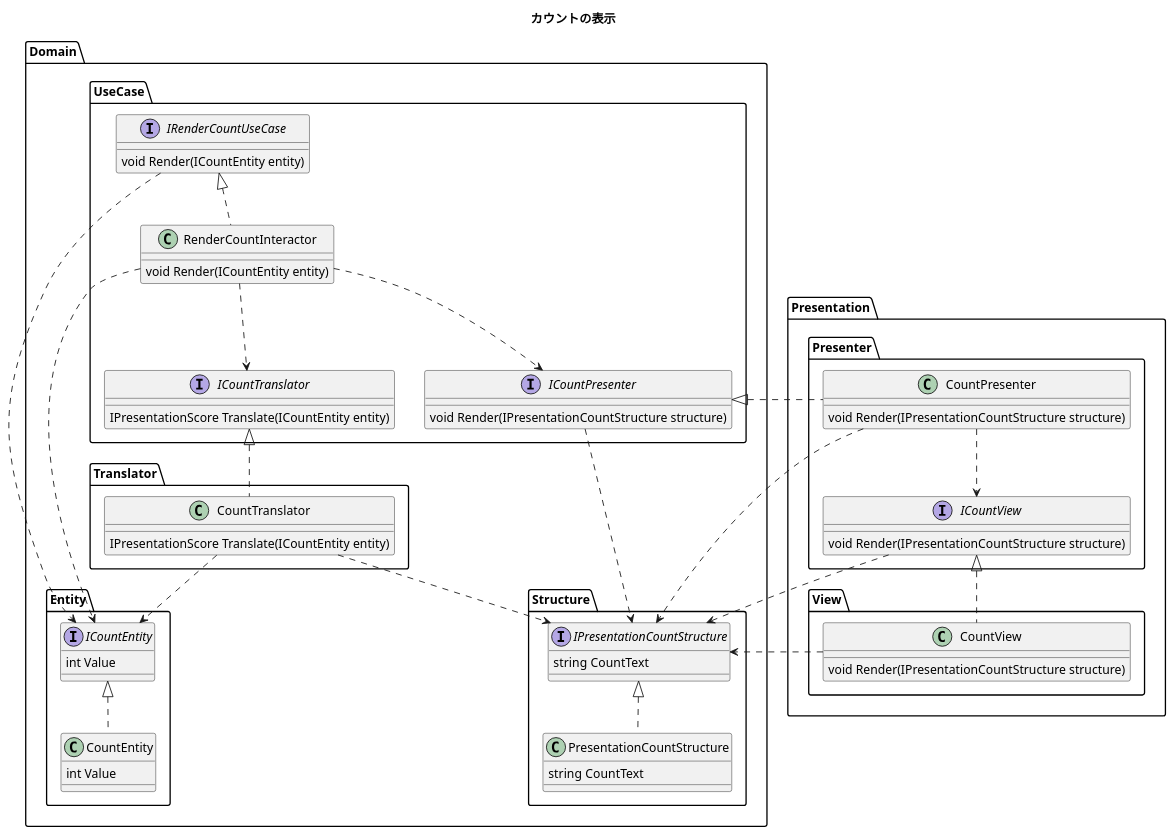
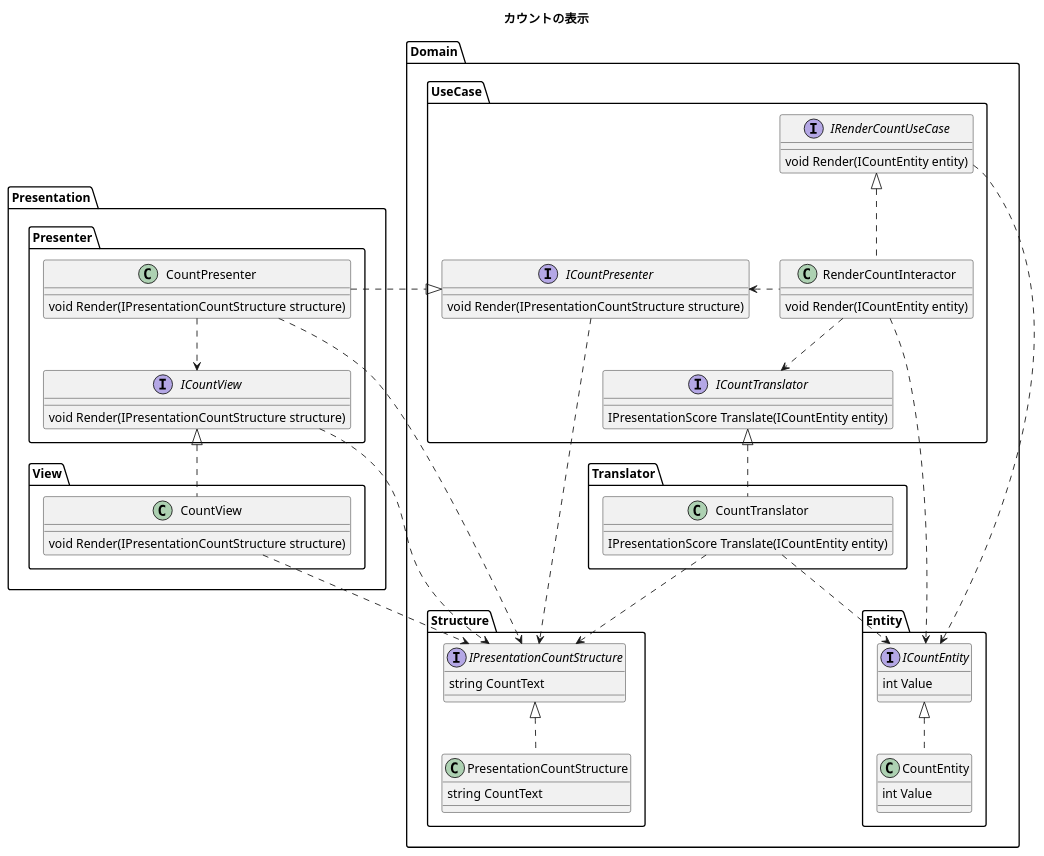
One commit to mtmt/study-cafu-roll-a-ball changed the diagram in doc/render-count.puml. Above: the diagram before and after it, drawn with PlantUML.

Commit message:
「カウント表示」関連のクラス図の修正

```diff
--- a/doc/render-count.puml
+++ b/doc/render-count.puml
@@ -1,96 +1,82 @@
 @startuml
+
 title カウントの表示
 
 package Domain {
-
     package Entity {
-
         interface ICountEntity {
             int Value
         }
-
         class CountEntity {
             int Value
         }
     }
-
     package Structure {
         interface IPresentationCountStructure {
             string CountText
         }
         class PresentationCountStructure {
             string CountText
         }
     }
-
     package Translator {
         class CountTranslator {
             IPresentationScore Translate(ICountEntity entity)
         }
     }
-
     package UseCase {
-
         interface IRenderCountUseCase {
             void Render(ICountEntity entity)
         }
-
         interface ICountTranslator {
             IPresentationScore Translate(ICountEntity entity)
         }
-
         interface ICountPresenter {
             void Render(IPresentationCountStructure structure)
         }
-
         class RenderCountInteractor {
             void Render(ICountEntity entity)
         }
-
     }
-
 }
-
 package Presentation {
-
     package Presenter {
         interface ICountView {
             void Render(IPresentationCountStructure structure)
         }
         class CountPresenter {
             void Render(IPresentationCountStructure structure)
         }
     }
-
     package View {
         class CountView {
             void Render(IPresentationCountStructure structure)
         }
     }
 }
 
 ICountEntity <|.. CountEntity
 
 IPresentationCountStructure <|.. PresentationCountStructure
 
 IRenderCountUseCase <|.. RenderCountInteractor
 IRenderCountUseCase ..> ICountEntity
 
 ICountTranslator <|.. CountTranslator
 CountTranslator ..> ICountEntity
 CountTranslator ..> IPresentationCountStructure
 
 RenderCountInteractor ..> ICountEntity
 RenderCountInteractor ..> ICountTranslator
-RenderCountInteractor ..> ICountPresenter
+RenderCountInteractor .left.> ICountPresenter
 
-ICountPresenter <|.. CountPresenter
+ICountPresenter <|.left. CountPresenter
 ICountPresenter ..> IPresentationCountStructure
 CountPresenter ..> ICountView
 CountPresenter ..> IPresentationCountStructure
 
 ICountView <|.. CountView
 ICountView ..> IPresentationCountStructure
 CountView ..> IPresentationCountStructure
 
 @enduml
```
